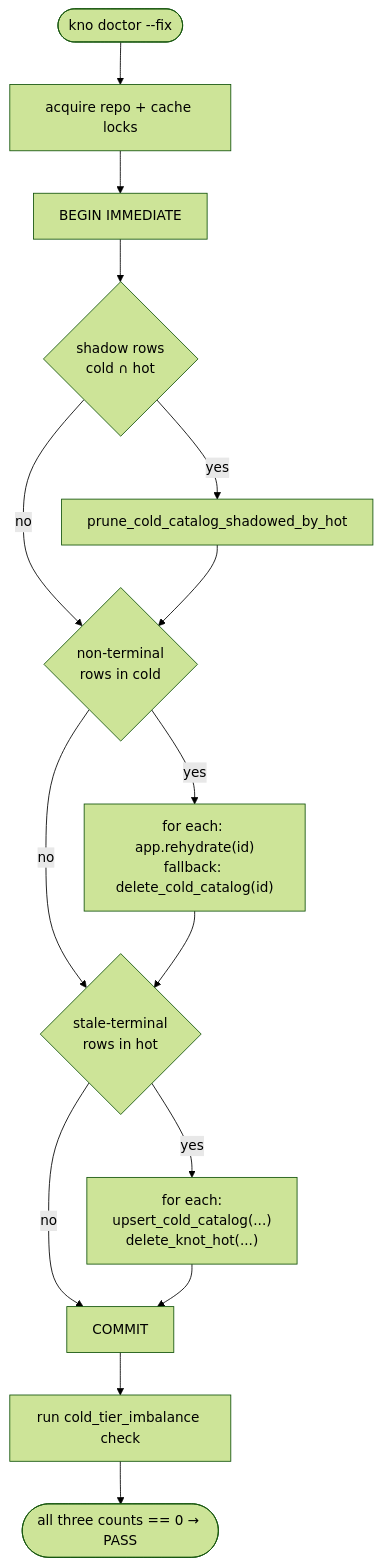
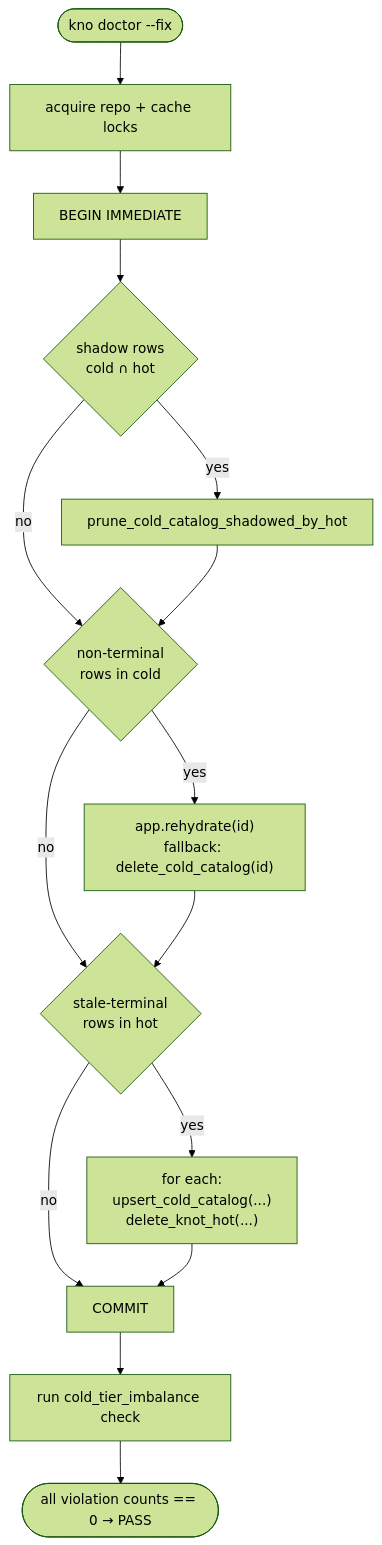
The third of 3 diagrams in docs/tier-balance.md (hypnwtykvmpr/knots), drawn with Mermaid (forest theme) before and after one commit. The commit also changed other lines of this file and 6 other files, not shown here.

````diff
--- a/docs/tier-balance.md
+++ b/docs/tier-balance.md
@@ -102,17 +105,17 @@
 ```mermaid
 flowchart TD
     start([kno doctor --fix]) --> lock[acquire repo + cache locks]
     lock --> tx[BEGIN IMMEDIATE]
     tx --> shadow{shadow rows<br/>cold ∩ hot}
     shadow -- yes --> prune[prune_cold_catalog_shadowed_by_hot]
     shadow -- no --> nonterm
     prune --> nonterm{non-terminal<br/>rows in cold}
-    nonterm -- yes --> rehydrate["for each: app.rehydrate(id)<br/>fallback: delete_cold_catalog(id)"]
+    nonterm -- yes --> rehydrate["app.rehydrate(id)<br/>fallback: delete_cold_catalog(id)"]
     nonterm -- no --> stale
     rehydrate --> stale{stale-terminal<br/>rows in hot}
     stale -- yes --> demote["for each:<br/>upsert_cold_catalog(...)<br/>delete_knot_hot(...)"]
     stale -- no --> commit
     demote --> commit[COMMIT]
     commit --> verify[run cold_tier_imbalance check]
-    verify --> pass([all three counts == 0 → PASS])
+    verify --> pass([all violation counts == 0 → PASS])
 ```
````
